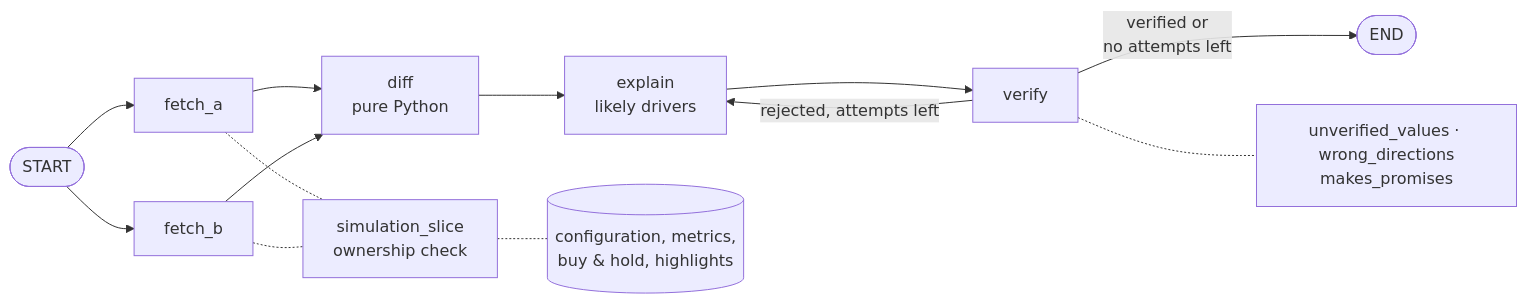
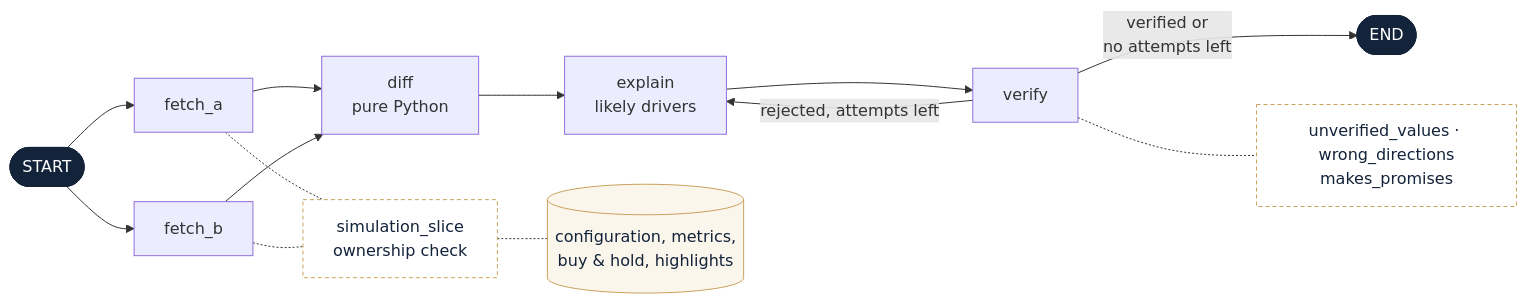
One commit to CardozoEIA/trading_simulator changed the fifth of 9 diagrams in docs/agents.md. Above: the diagram before and after it, drawn with Mermaid. The commit also changed other lines of this file and 8 other files, not shown here.

First line of the commit message:
docs(agents): export every per-agent diagram with its tools

````diff
--- a/docs/agents.md
+++ b/docs/agents.md
@@ -117,12 +181,20 @@
 ```mermaid
 flowchart LR
     S([START]) --> A[fetch_a] & B[fetch_b]
     A & B --> D[diff<br/>pure Python]
     D --> X[explain<br/>likely drivers]
     X --> V[verify]
     V -->|rejected, attempts left| X
     V -->|verified or<br/>no attempts left| E([END])
 
     A & B -.- t[simulation_slice<br/>ownership check] -.- d[("configuration, metrics,<br/>buy &amp; hold, highlights")]
     V -.- u[unverified_values · wrong_directions<br/>makes_promises]
+
+    classDef io fill:#13233a,stroke:#13233a,color:#ffffff
+    classDef tool fill:#ffffff,stroke:#c9a15c,stroke-dasharray:4 3,color:#13233a
+    classDef data fill:#fbf6ec,stroke:#c9a15c,color:#13233a
+    classDef subflow fill:#e4ecf8,stroke:#2f63ad,stroke-width:2px,color:#13233a
+    class S,E io
+    class t,u tool
+    class d data
 ```
````
